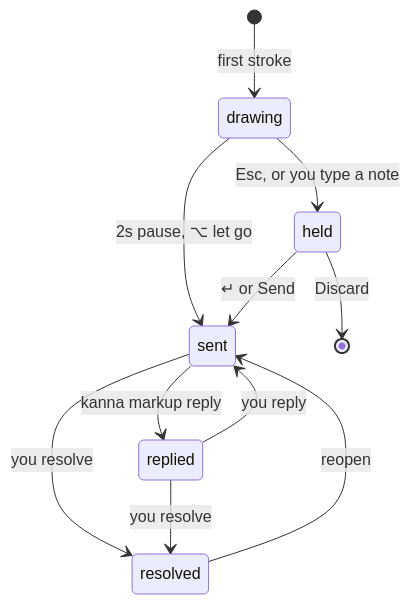
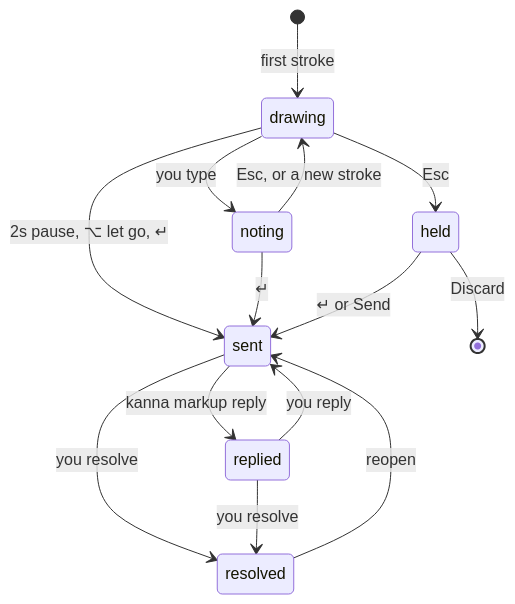
Before and after one commit to tampopogk/kanna: the second of 2 diagrams in docs/specs/ink-markup.md, drawn with Mermaid. The commit also changed other lines of this file and 5 other files, not shown here.

Commit message:
Ink markup: notes go on a mark, not the batch: typing straight after a stroke notes that mark, shown beside its ink on the doc and in the picture, and sent on a note line under it; click a mark in the card to note another; typing stops the countdown, Esc ends the note, ↵ sends

````diff
--- a/docs/specs/ink-markup.md
+++ b/docs/specs/ink-markup.md
@@ -85,13 +86,16 @@
 ```mermaid
 stateDiagram-v2
     [*] --> drawing: first stroke
-    drawing --> sent: 2s pause, ⌥ let go
-    drawing --> held: Esc, or you type a note
+    drawing --> sent: 2s pause, ⌥ let go, ↵
+    drawing --> noting: you type
+    noting --> drawing: Esc, or a new stroke
+    noting --> sent: ↵
+    drawing --> held: Esc
     held --> sent: ↵ or Send
     held --> [*]: Discard
     sent --> replied: kanna markup reply
     replied --> sent: you reply
     sent --> resolved: you resolve
     replied --> resolved: you resolve
     resolved --> sent: reopen
 ```
````
